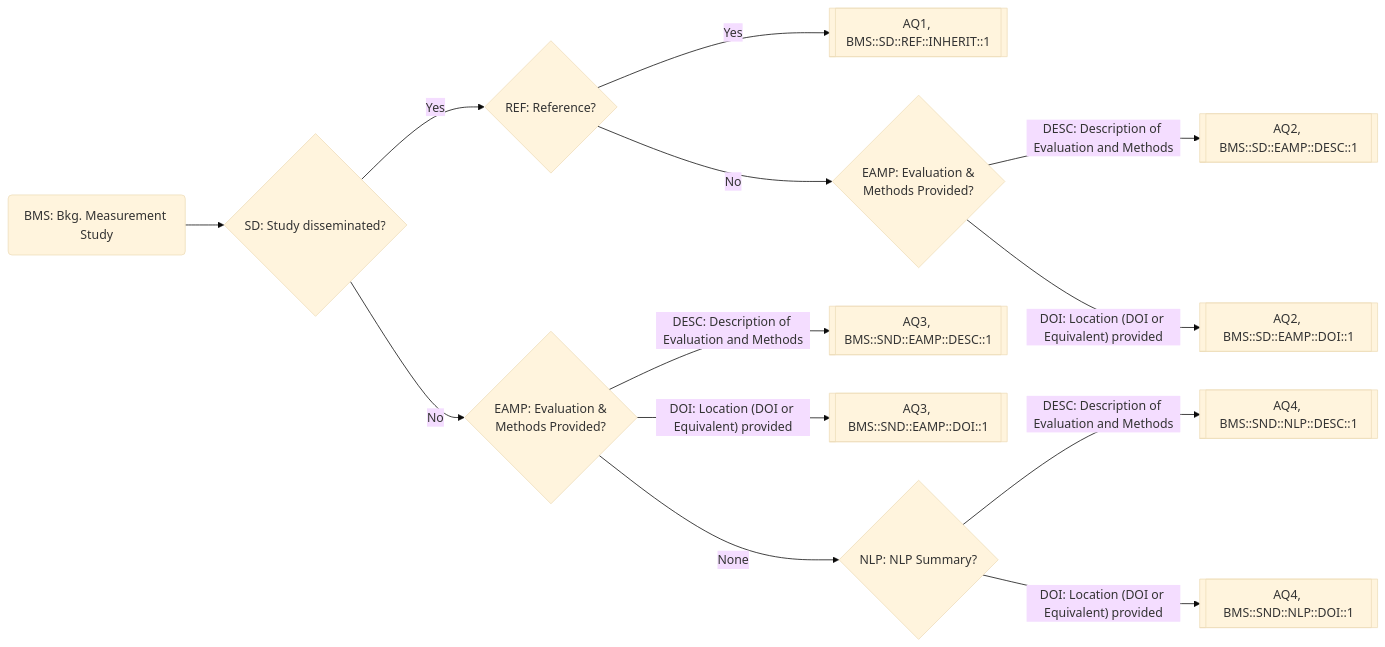
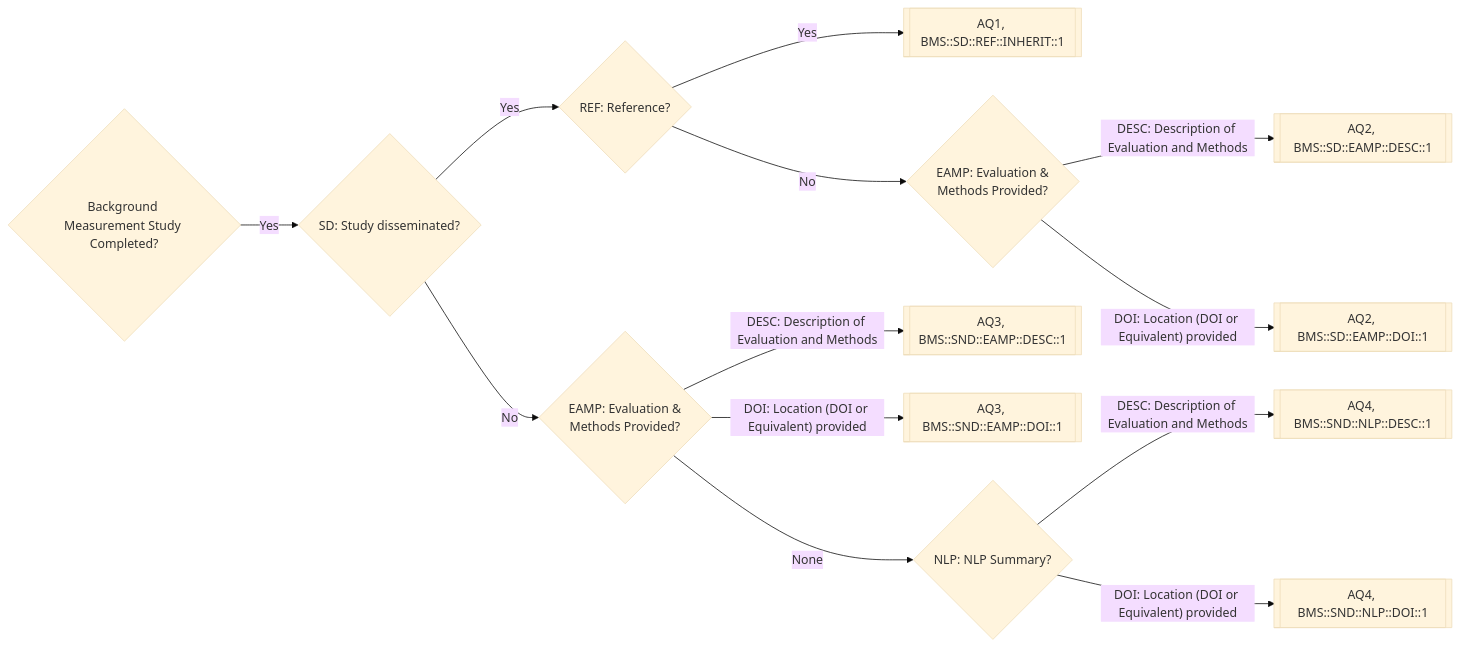
The diagram in README.md (jacobmpeters/NLPReportingMethodologyApp), drawn with Mermaid (base theme) before and after one commit.

````diff
--- a/README.md
+++ b/README.md
@@ -17,15 +17,15 @@
 ```mermaid
 flowchart LR
-    BMS(BMS: Bkg. Measurement Study) --> SD
+    BMS{Background Measurement Study Completed?} -- Yes --> SD
     SD{SD: Study disseminated?} -- Yes --> REF{REF: Reference?};
     REF -- Yes --> AQ1[[AQ1, BMS::SD::REF::INHERIT::1]]
     REF -- No --> EM{EAMP: Evaluation &\n Methods Provided?}
     EM -- DESC: Description of Evaluation and Methods --> AQ2_A[[AQ2, BMS::SD::EAMP::DESC::1]]
     EM -- DOI: Location (DOI or Equivalent) provided --> AQ2_B[[AQ2, BMS::SD::EAMP::DOI::1]]
     SD -- No --> EM2{EAMP: Evaluation &\n Methods Provided?}
     EM2 -- DESC: Description of Evaluation and Methods --> AQ3_A[[AQ3, BMS::SND::EAMP::DESC::1]]
     EM2 -- DOI: Location (DOI or Equivalent) provided --> AQ3_B[[AQ3, BMS::SND::EAMP::DOI::1]]
     EM2 -- None --> NLPS{NLP: NLP Summary?}
     NLPS -- DESC: Description of Evaluation and Methods --> AQ4_A[[AQ4, BMS::SND::NLP::DESC::1]]
     NLPS -- DOI: Location (DOI or Equivalent) provided --> AQ4[[AQ4, BMS::SND::NLP::DOI::1]]
 ```
````
